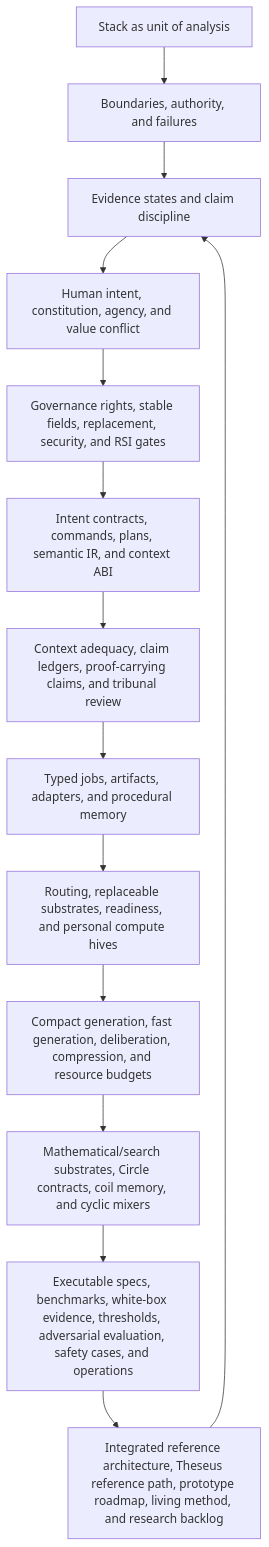
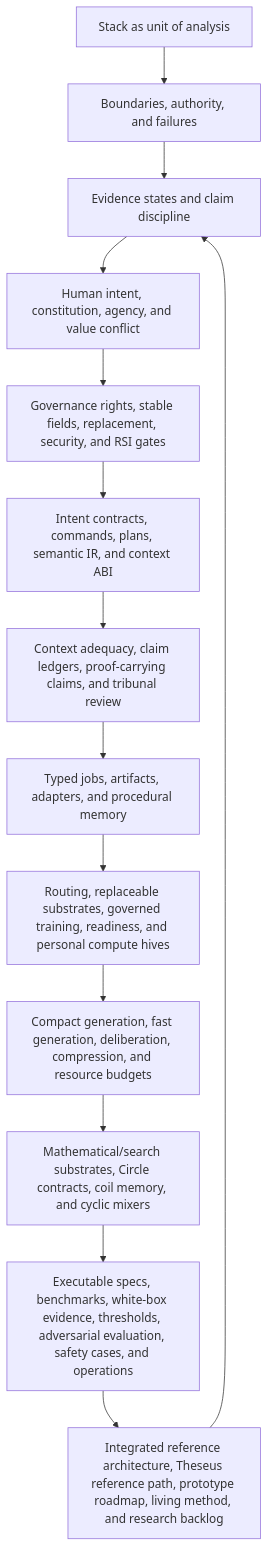
One commit to corbensorenson/asi-stack-book changed the second of 3 diagrams in index.qmd. Above: the diagram before and after it, drawn with Mermaid. The commit also changed other lines of this file and 103 other files, not shown here.

Commit message:
Add governed model training chapter and evidence contract

````diff
--- a/index.qmd
+++ b/index.qmd
@@ -123,16 +126,16 @@
 ```{mermaid}
 flowchart TD
   Unit["Stack as unit of analysis"] --> AuthorityModel["Boundaries, authority, and failures"]
   AuthorityModel --> EvidenceLanguage["Evidence states and claim discipline"]
   EvidenceLanguage --> IntentLayer["Human intent, constitution, agency, and value conflict"]
   IntentLayer --> ChangeRights["Governance rights, stable fields, replacement, security, and RSI gates"]
   ChangeRights --> ControlSpine["Intent contracts, commands, plans, semantic IR, and context ABI"]
   ControlSpine --> EpistemicSpine["Context adequacy, claim ledgers, proof-carrying claims, and tribunal review"]
   EpistemicSpine --> ExecutionSpine["Typed jobs, artifacts, adapters, and procedural memory"]
-  ExecutionSpine --> CapabilitySpine["Routing, replaceable substrates, readiness, and personal compute hives"]
+  ExecutionSpine --> CapabilitySpine["Routing, replaceable substrates, governed training, readiness, and personal compute hives"]
   CapabilitySpine --> EfficiencySpine["Compact generation, fast generation, deliberation, compression, and resource budgets"]
   EfficiencySpine --> SubstrateSpine["Mathematical/search substrates, Circle contracts, coil memory, and cyclic mixers"]
   SubstrateSpine --> EvidenceSpine["Executable specs, benchmarks, white-box evidence, thresholds, adversarial evaluation, safety cases, and operations"]
   EvidenceSpine --> IntegrationSpine["Integrated reference architecture, Theseus reference path, prototype roadmap, living method, and research backlog"]
   IntegrationSpine --> EvidenceLanguage
 ```
````
